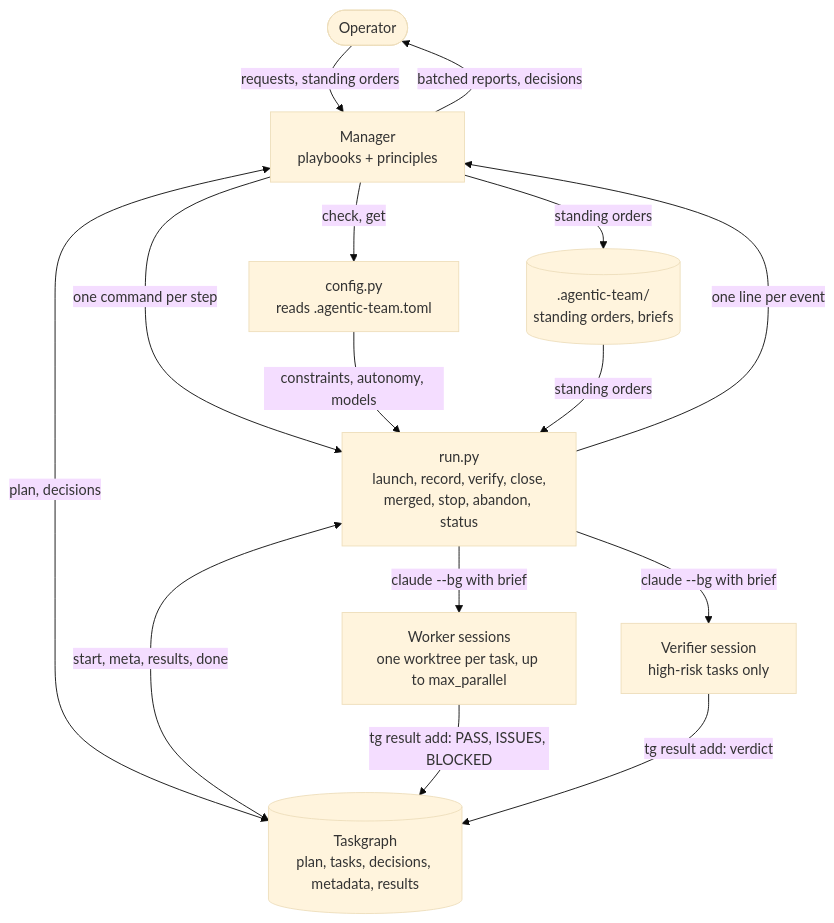
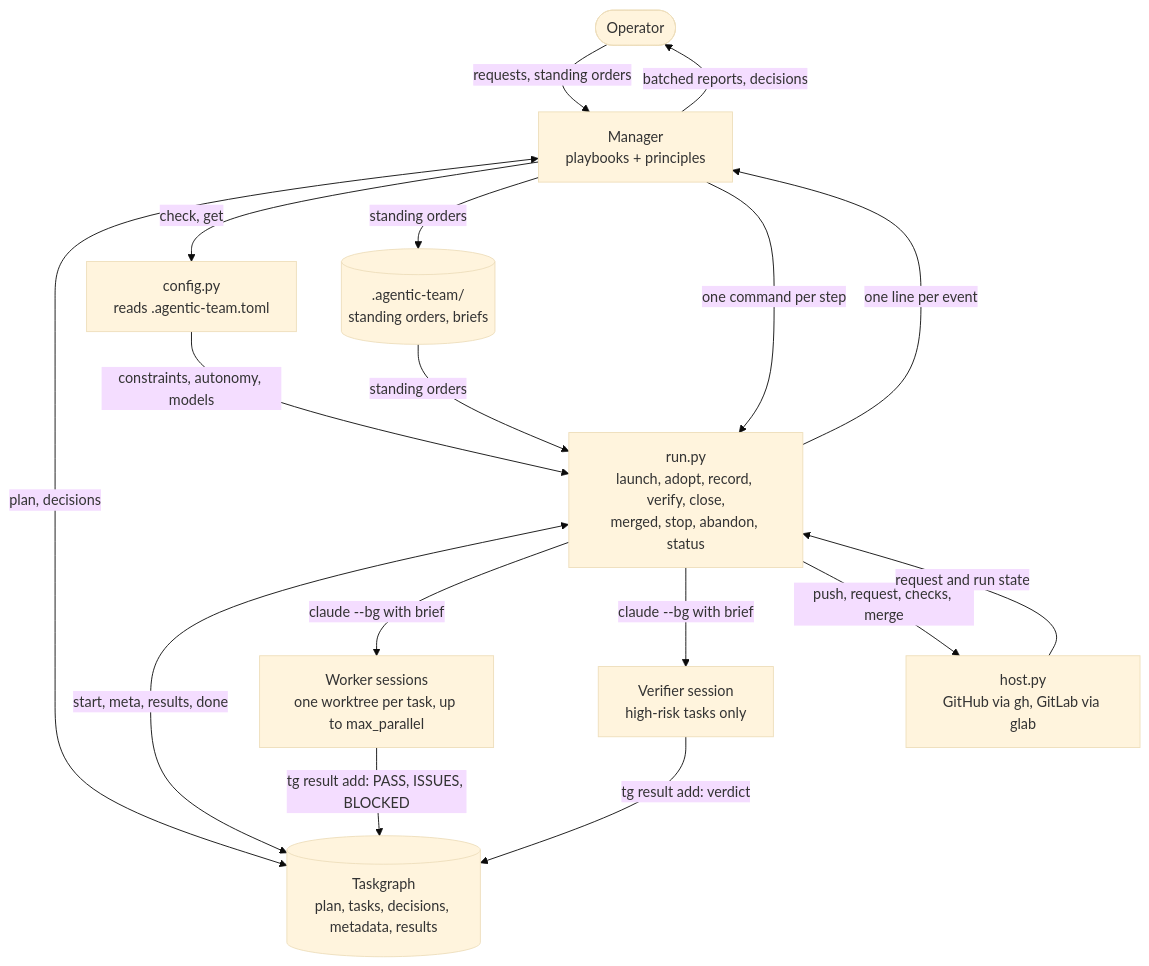
One commit to ronicayu/ronica-skills changed the diagram in plugins/agentic-team/assets/diagrams/overview.mmd. Above: the diagram before and after it, drawn with Mermaid (base theme). The commit also changed 24 other files, not shown here.

```diff
--- a/plugins/agentic-team/assets/diagrams/overview.mmd
+++ b/plugins/agentic-team/assets/diagrams/overview.mmd
@@ -1,24 +1,27 @@
 flowchart TD
   OP([Operator])
   M[Manager<br/>playbooks + principles]
   TG[(Taskgraph<br/>plan, tasks, decisions, metadata, results)]
   CFG[config.py<br/>reads .agentic-team.toml]
-  RUN[run.py<br/>launch, record, verify, close,<br/>merged, stop, abandon, status]
+  RUN[run.py<br/>launch, adopt, record, verify, close,<br/>merged, stop, abandon, status]
+  HOST[host.py<br/>GitHub via gh, GitLab via glab]
   DIR[(.agentic-team/<br/>standing orders, briefs)]
   W[Worker sessions<br/>one worktree per task, up to max_parallel]
   V[Verifier session<br/>high-risk tasks only]
 
   OP -->|"requests, standing orders"| M
   M -->|"batched reports, decisions"| OP
   M <-->|"plan, decisions"| TG
   M -->|"check, get"| CFG
   M -->|"standing orders"| DIR
   M -->|"one command per step"| RUN
   RUN <-->|"start, meta, results, done"| TG
   CFG -->|"constraints, autonomy, models"| RUN
   DIR -->|"standing orders"| RUN
   RUN -->|"claude --bg with brief"| W
   RUN -->|"claude --bg with brief"| V
   W -->|"tg result add: PASS, ISSUES, BLOCKED"| TG
   V -->|"tg result add: verdict"| TG
   RUN -->|"one line per event"| M
+  RUN -->|"push, request, checks, merge"| HOST
+  HOST -->|"request and run state"| RUN
```
